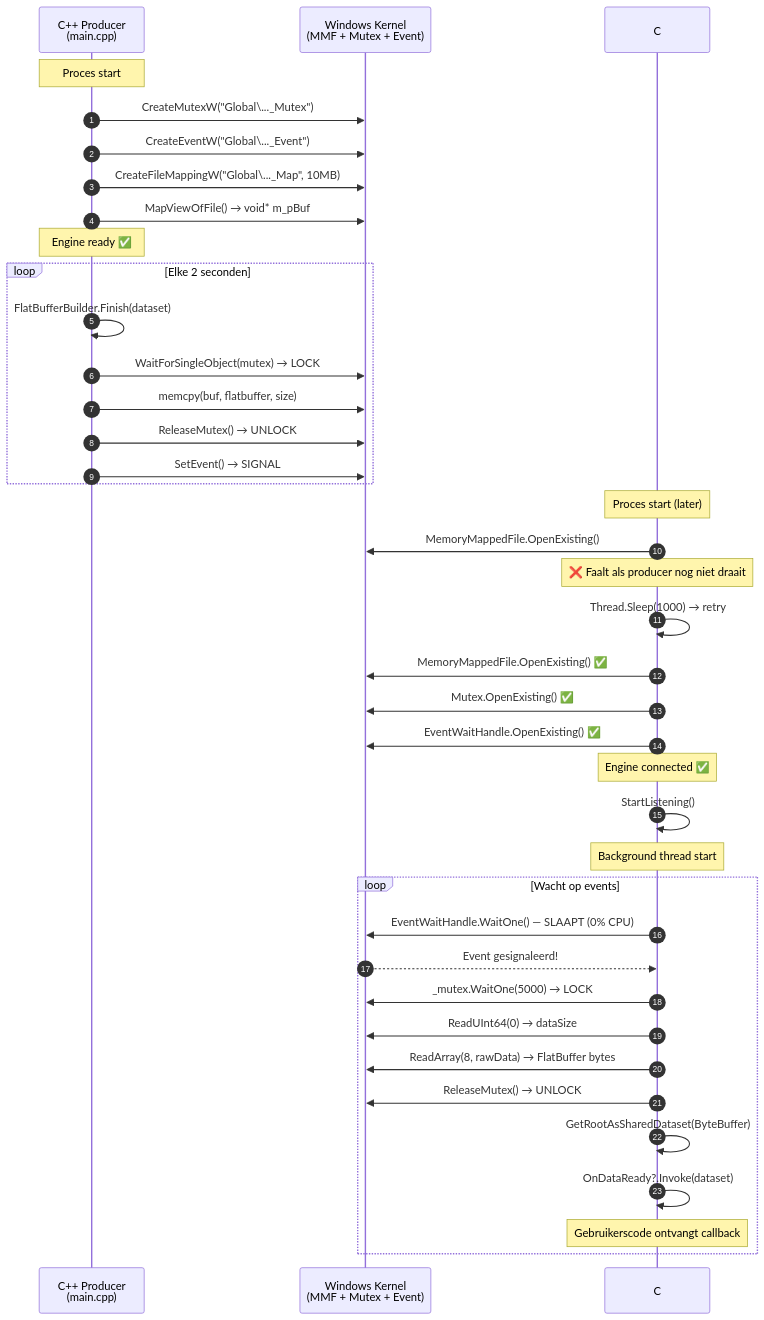
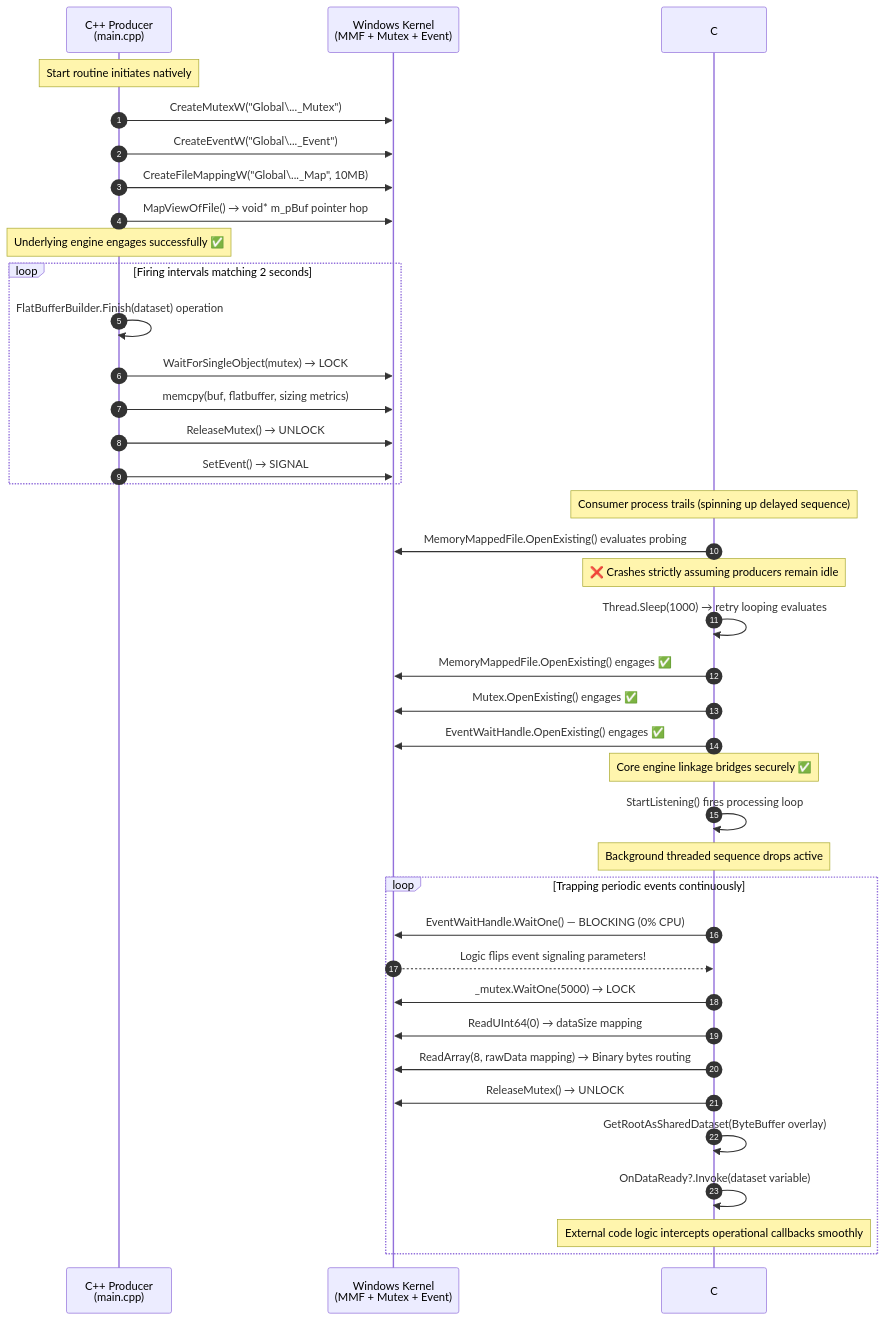
One commit to snodeplannen/sharedvar changed diagram 11 of 23 in SharedValueV3_MemMap/ARCHITECTURE.md. Above: the diagram before and after it, drawn with Mermaid. The commit also changed other lines of this file and 90 other files, not shown here.

````diff
--- a/SharedValueV3_MemMap/ARCHITECTURE.md
+++ b/SharedValueV3_MemMap/ARCHITECTURE.md
@@ -387,48 +387,48 @@
 ```mermaid
 sequenceDiagram
     autonumber
 
     participant P as C++ Producer<br/>(main.cpp)
     participant K as Windows Kernel<br/>(MMF + Mutex + Event)
     participant C as C# Consumer<br/>(Program.cs)
 
-    Note over P: Proces start
+    Note over P: Start routine initiates natively
     P->>K: CreateMutexW("Global\..._Mutex")
     P->>K: CreateEventW("Global\..._Event")
     P->>K: CreateFileMappingW("Global\..._Map", 10MB)
-    P->>K: MapViewOfFile() → void* m_pBuf
-    Note over P: Engine ready ✅
+    P->>K: MapViewOfFile() → void* m_pBuf pointer hop
+    Note over P: Underlying engine engages successfully ✅
 
-    loop Elke 2 seconden
-        P->>P: FlatBufferBuilder.Finish(dataset)
+    loop Firing intervals matching 2 seconds
+        P->>P: FlatBufferBuilder.Finish(dataset) operation
         P->>K: WaitForSingleObject(mutex) → LOCK
-        P->>K: memcpy(buf, flatbuffer, size)
+        P->>K: memcpy(buf, flatbuffer, sizing metrics)
         P->>K: ReleaseMutex() → UNLOCK
         P->>K: SetEvent() → SIGNAL
     end
 
-    Note over C: Proces start (later)
-    C->>K: MemoryMappedFile.OpenExisting()
-    Note over C: ❌ Faalt als producer nog niet draait
-    C->>C: Thread.Sleep(1000) → retry
+    Note over C: Consumer process trails (spinning up delayed sequence)
+    C->>K: MemoryMappedFile.OpenExisting() evaluates probing
+    Note over C: ❌ Crashes strictly assuming producers remain idle
+    C->>C: Thread.Sleep(1000) → retry looping evaluates
 
-    C->>K: MemoryMappedFile.OpenExisting() ✅
-    C->>K: Mutex.OpenExisting() ✅
-    C->>K: EventWaitHandle.OpenExisting() ✅
-    Note over C: Engine connected ✅
+    C->>K: MemoryMappedFile.OpenExisting() engages ✅
+    C->>K: Mutex.OpenExisting() engages ✅
+    C->>K: EventWaitHandle.OpenExisting() engages ✅
+    Note over C: Core engine linkage bridges securely ✅
 
-    C->>C: StartListening()
-    Note over C: Background thread start
+    C->>C: StartListening() fires processing loop
+    Note over C: Background threaded sequence drops active
 
-    loop Wacht op events
-        C->>K: EventWaitHandle.WaitOne() — SLAAPT (0% CPU)
-        K-->>C: Event gesignaleerd!
+    loop Trapping periodic events continuously
+        C->>K: EventWaitHandle.WaitOne() — BLOCKING (0% CPU)
+        K-->>C: Logic flips event signaling parameters!
         C->>K: _mutex.WaitOne(5000) → LOCK
-        C->>K: ReadUInt64(0) → dataSize
-        C->>K: ReadArray(8, rawData) → FlatBuffer bytes
+        C->>K: ReadUInt64(0) → dataSize mapping
+        C->>K: ReadArray(8, rawData mapping) → Binary bytes routing
         C->>K: ReleaseMutex() → UNLOCK
-        C->>C: GetRootAsSharedDataset(ByteBuffer)
-        C->>C: OnDataReady?.Invoke(dataset)
-        Note over C: Gebruikerscode ontvangt callback
+        C->>C: GetRootAsSharedDataset(ByteBuffer overlay)
+        C->>C: OnDataReady?.Invoke(dataset variable)
+        Note over C: External code logic intercepts operational callbacks smoothly
     end
 ```
````
